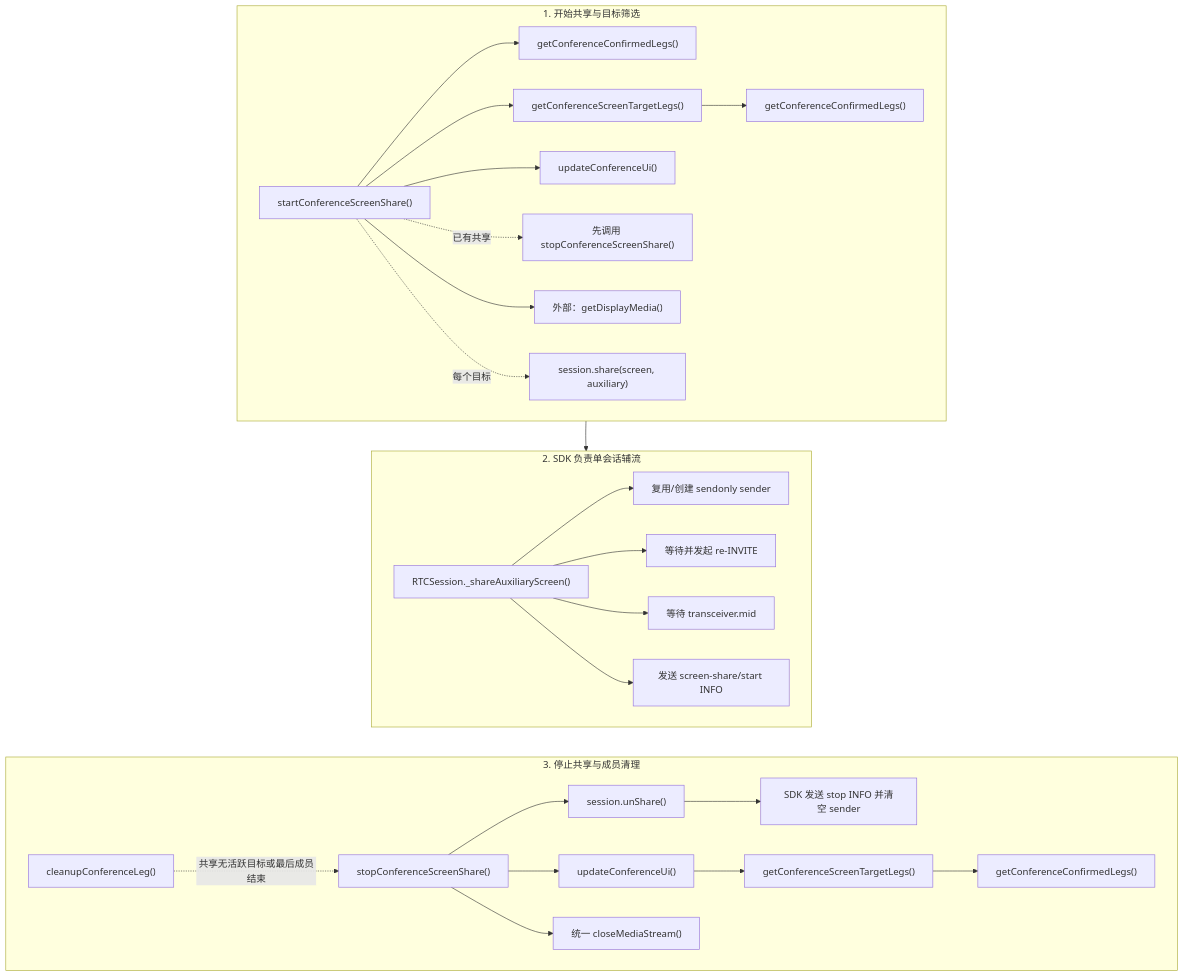
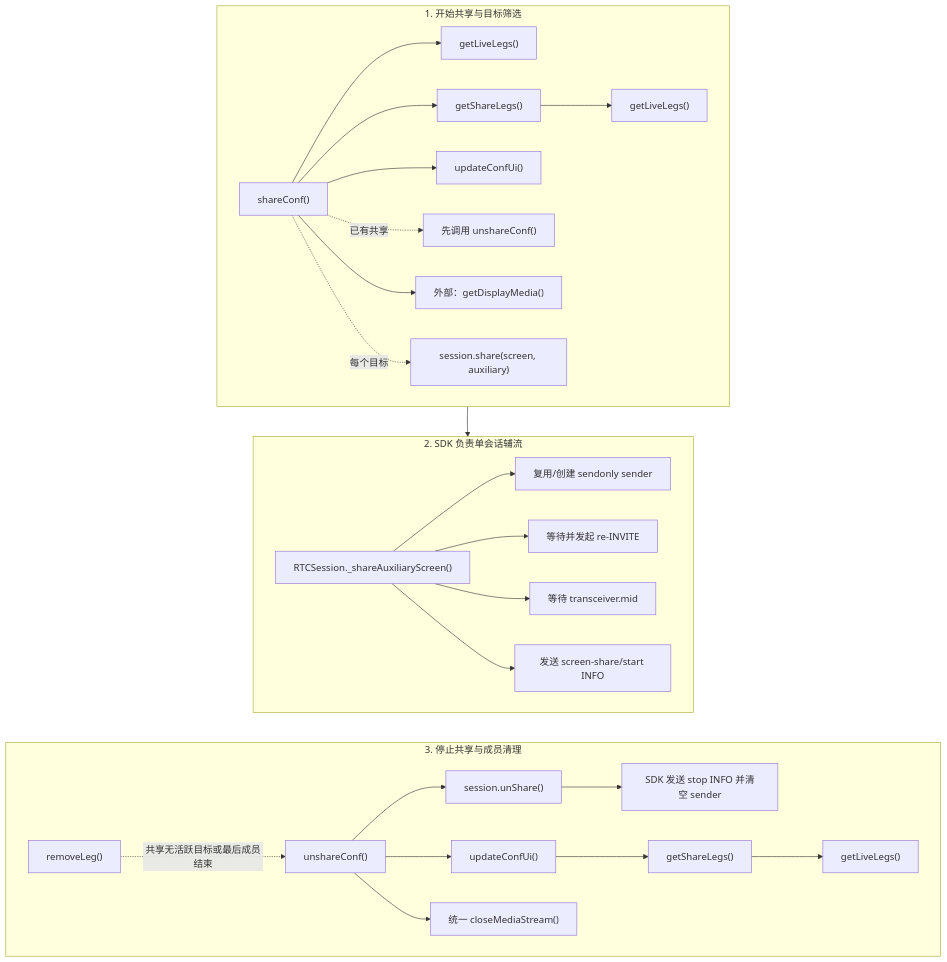
One commit to lei40251/JsSIP changed diagram 18 of 20 in docs/app-conference-guide.md. Above: the diagram before and after it, drawn with Mermaid. The commit also changed other lines of this file and 31 other files, not shown here.

````diff
--- a/docs/app-conference-guide.md
+++ b/docs/app-conference-guide.md
@@ -1170,36 +1303,36 @@
 ```mermaid
 flowchart TB
   subgraph START_FLOW["1. 开始共享与目标筛选"]
     direction LR
-    START["startConferenceScreenShare()"] --> CONFIRMED_DIRECT["getConferenceConfirmedLegs()"]
-    START --> TARGETS["getConferenceScreenTargetLegs()"]
-    TARGETS --> CONFIRMED_TARGETS["getConferenceConfirmedLegs()"]
-    START --> UI_START["updateConferenceUi()"]
-    START -.->|"已有共享"| STOP_ENTRY["先调用 stopConferenceScreenShare()"]
+    START["shareConf()"] --> CONFIRMED_DIRECT["getLiveLegs()"]
+    START --> TARGETS["getShareLegs()"]
+    TARGETS --> CONFIRMED_TARGETS["getLiveLegs()"]
+    START --> UI_START["updateConfUi()"]
+    START -.->|"已有共享"| STOP_ENTRY["先调用 unshareConf()"]
     START --> GDM["外部：getDisplayMedia()"]
     START -.->|"每个目标"| SHARE_ENTRY["session.share(screen, auxiliary)"]
   end
 
   subgraph SHARE_FLOW["2. SDK 负责单会话辅流"]
     direction LR
     SHARE_ENTRY --> SDK_SHARE["RTCSession._shareAuxiliaryScreen()"]
     SDK_SHARE --> SENDER["复用/创建 sendonly sender"]
     SDK_SHARE --> RENEGO["等待并发起 re-INVITE"]
     SDK_SHARE --> MID["等待 transceiver.mid"]
     SDK_SHARE --> INFO["发送 screen-share/start INFO"]
   end
 
   subgraph STOP_FLOW["3. 停止共享与成员清理"]
     direction LR
-    CLEAN["cleanupConferenceLeg()"] -.->|"共享无活跃目标或最后成员结束"| STOP["stopConferenceScreenShare()"]
+    CLEAN["removeLeg()"] -.->|"共享无活跃目标或最后成员结束"| STOP["unshareConf()"]
     STOP --> UNSHARE["session.unShare()"]
-    STOP --> UI_STOP["updateConferenceUi()"]
+    STOP --> UI_STOP["updateConfUi()"]
     UNSHARE --> SDK_STOP["SDK 发送 stop INFO 并清空 sender"]
     STOP --> CLOSE_STREAM["统一 closeMediaStream()"]
-    UI_STOP --> TARGETS_STOP["getConferenceScreenTargetLegs()"]
-    TARGETS_STOP --> CONFIRMED_STOP["getConferenceConfirmedLegs()"]
+    UI_STOP --> TARGETS_STOP["getShareLegs()"]
+    TARGETS_STOP --> CONFIRMED_STOP["getLiveLegs()"]
   end
 
   START_FLOW ~~~ SHARE_FLOW
   SHARE_FLOW ~~~ STOP_FLOW
 ```
````
